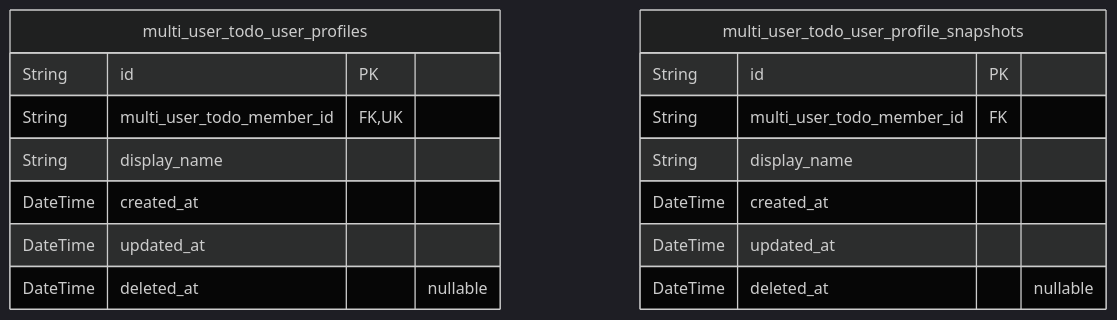
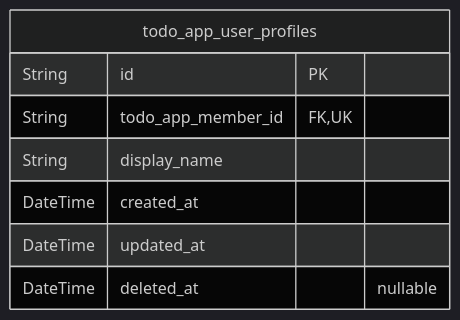
One commit to wrtnlabs/autobe-examples changed the second of 3 diagrams in openai/gpt-5.4-nano/todo/docs/ERD.md. Above: the diagram before and after it, drawn with Mermaid (dark theme). The commit also changed other lines of this file and 457 other files, not shown here.

````diff
--- a/openai/gpt-5.4-nano/todo/docs/ERD.md
+++ b/openai/gpt-5.4-nano/todo/docs/ERD.md
@@ -235,19 +223,11 @@
 ```mermaid
 erDiagram
-"multi_user_todo_user_profiles" {
+"todo_app_user_profiles" {
   String id PK
-  String multi_user_todo_member_id FK,UK
-  String display_name
-  DateTime created_at
-  DateTime updated_at
-  DateTime deleted_at "nullable"
-}
-"multi_user_todo_user_profile_snapshots" {
-  String id PK
-  String multi_user_todo_member_id FK
+  String todo_app_member_id FK,UK
   String display_name
   DateTime created_at
   DateTime updated_at
   DateTime deleted_at "nullable"
 }
 ```
````
